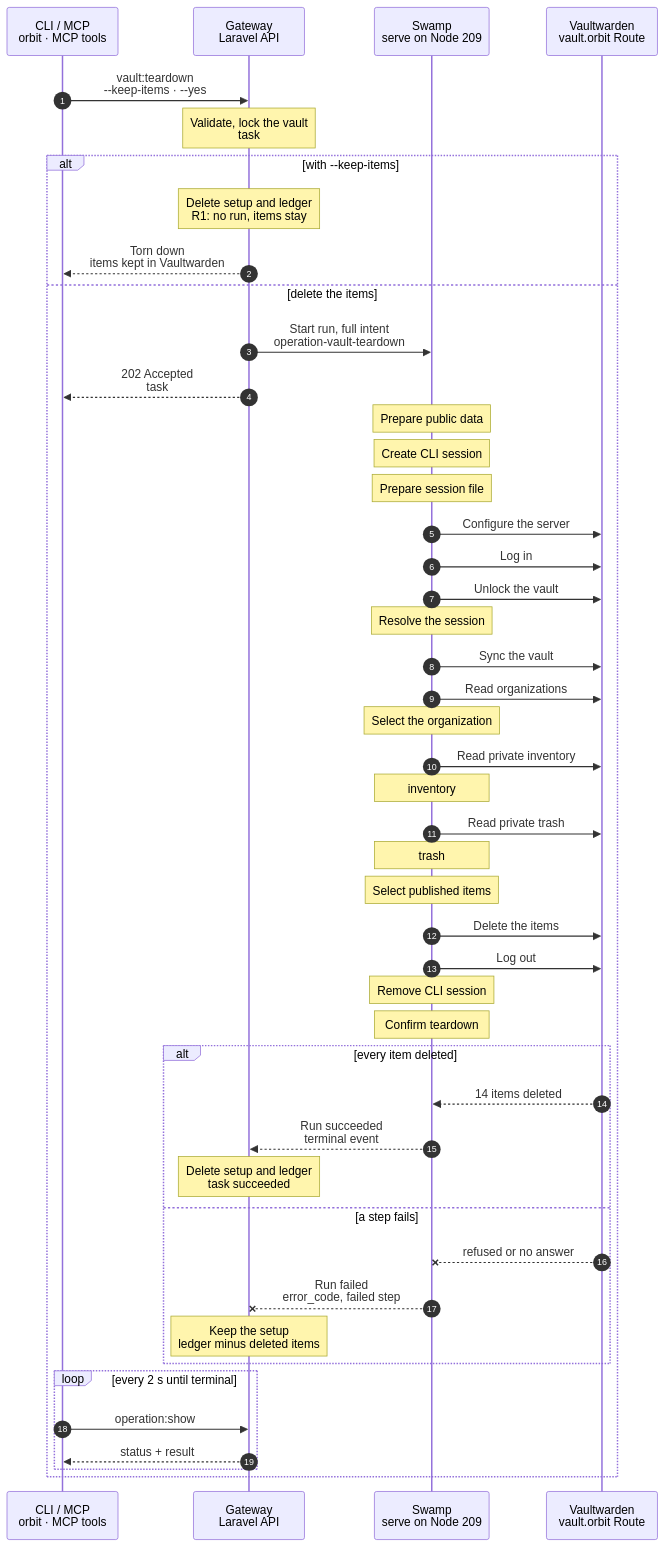
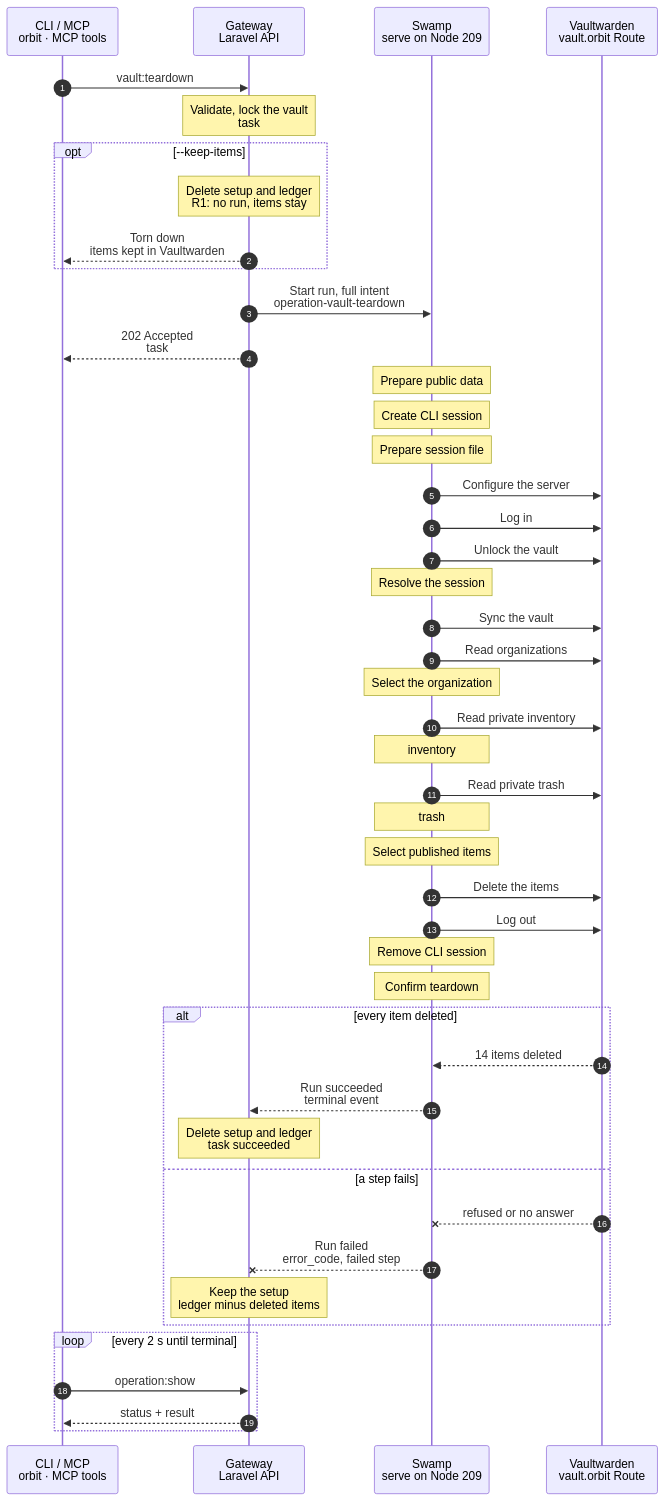
One commit to hardimpactdev/orbit changed the diagram in docs/cli/vault/teardown.mmd. Above: the diagram before and after it, drawn with Mermaid. The commit also changed 9 other files, not shown here.

Commit message:
docs(tool,vault,websocket): draw required parameters on the main path (flow rule 23)

```diff
--- a/docs/cli/vault/teardown.mmd
+++ b/docs/cli/vault/teardown.mmd
@@ -1,103 +1,104 @@
 sequenceDiagram
   %% Target design: ADR 0244 task, DECISIONS R1 (--keep-items is record-only), R2-R4, swamp-vault-design. Same shape as tool.remove. docs/reference/vaultwarden.md.
   %% Tightened: flow-tighten 2026-11-02, rule 22 (plain pinned CLI primitives, native fan-out, vault-backed credentials and native end check).
   %% status: draft
   %% command: vault:teardown
   %% kind: vault.teardown
   autonumber
   %% lane CLI icon=terminal pill=caller tone=gray
   %% lane GW icon=gateway pill=intent tone=blue
   %% lane SW icon=workflow pill=executes tone=green
   %% lane VW icon=server pill=target tone=purple
   participant CLI as CLI / MCP<br/>orbit · MCP tools
   participant GW as Gateway<br/>Laravel API
   participant SW as Swamp<br/>serve on Node 209
   participant VW as Vaultwarden<br/>vault.orbit Route
-  CLI->>GW: vault:teardown<br/>--keep-items · --yes
+  CLI->>GW: vault:teardown
   %%> Command:
   %%> - `orbit vault:teardown --yes`
   %%> - syntax: `[--keep-items] [--yes] [--idempotency-key=KEY] [--json]`
   %%> Confirmation:
   %%> - in a terminal the CLI asks a default-No question; without a terminal, or with `--json`, `--yes` is required
   Note over GW: Validate, lock the vault<br/>task #5169 · 14 items
   %%> Requirements:
   %%> - the `vault` extension is on and Vaultwarden is set up, else `vault.not_configured`
   %%> - no other setup, sync or teardown runs, else `vault.sync_busy`
   %%> Decides:
   %%> - whether the published items must leave Vaultwarden, or only the setup goes
-  alt with --keep-items
+  opt --keep-items
     Note over GW: Delete setup and ledger<br/>R1: no run, items stay
     %%> Result:
     %%> - the stored account, organization, collection and publishing ledger are deleted
     %%> - the items stay in Vaultwarden; a later setup on the same collection can adopt them
     %%> - no Swamp run starts (R1); Vaultwarden is not contacted
     GW-->>CLI: Torn down<br/>items kept in Vaultwarden
     %%> What you get:
-    %%> - the final result at once; there is nothing to follow
-  else delete the items
-    GW->>SW: Start run, full intent<br/>operation-vault-teardown
+    %%> - the final result at once; the command ends here without the deletion flow below
+  end
+  GW->>SW: Start run, full intent<br/>operation-vault-teardown
+  %%> When:
+  %%> - without `--keep-items`; the opt-in path above has already returned
+  %%> What it does:
+  %%> - pushes the account secrets to the Swamp vault as `vault-teardown-5169` after commit (R3), then starts one Swamp run on serve (Node 209)
+  %%> Inputs:
+  %%> - the setup and the ledger of published item IDs and sources, and the vault key names
+  GW-->>CLI: 202 Accepted<br/>task #5169
+  %%> What you get:
+  %%> - the task number, at once
+  %%> Next:
+  %%> - the CLI follows the task with `operation:show`
+  Note over SW: Prepare public data
+  Note over SW: Create CLI session
+  Note over SW: Prepare session file
+  SW->>VW: Configure the server
+  SW->>VW: Log in
+  SW->>VW: Unlock the vault
+  Note over SW: Resolve the session
+  SW->>VW: Sync the vault
+  SW->>VW: Read organizations
+  Note over SW: Select the organization
+  SW->>VW: Read private inventory
+  Note over SW: inventory
+  SW->>VW: Read private trash
+  Note over SW: trash
+  Note over SW: Select published items
+  SW->>VW: Delete the items
+  SW->>VW: Log out
+  Note over SW: Remove CLI session
+  Note over SW: Confirm teardown
+  %% Organization membership and collection inventory run in parallel.
+  %% Each CLI step is one bounded command; typed methods only shape private data.
+  %% Delete the items fans out over the admitted ledger and skips non-matching IDs and sources.
+  %% All shared-item refusals precede deletion; cleanup also follows skipped dependencies.
+  alt every item deleted
+    VW-->>SW: 14 items deleted
+    %%> Returns:
+    %%> - the deleted item IDs
+    SW-->>GW: Run succeeded<br/>terminal event
+    %%> How the Gateway learns it:
+    %%> - its shared run reader sees the terminal event; Swamp never calls the Gateway
+    Note over GW: Delete setup and ledger<br/>task succeeded
+    %%> Result:
+    %%> - the stored account, organization, collection and publishing ledger are deleted
+    %%> - task #5169 succeeds
+  else a step fails
+    VW--xSW: refused or no answer
+    %%> When:
+    %%> - login fails, Vaultwarden is down, an item is shared, or a delete fails
+    SW--xGW: Run failed<br/>error_code, failed step
+    %%> The Gateway reads:
+    %%> - which step failed and its safe error code
+    Note over GW: Keep the setup<br/>ledger minus deleted items
+    %%> Result:
+    %%> - the setup stays; the ledger drops only the items that were deleted; task #5169 fails
+    %%> Retry:
+    %%> - safe: run the same command again; it deletes only what is still there
+  end
+  loop every 2 s until terminal
+    CLI->>GW: operation:show #5169
     %%> What it does:
-    %%> - pushes the account secrets to the Swamp vault as `vault-teardown-5169` after commit (R3), then starts one Swamp run on serve (Node 209)
-    %%> Inputs:
-    %%> - the setup and the ledger of published item IDs and sources, and the vault key names
-    GW-->>CLI: 202 Accepted<br/>task #5169
-    %%> What you get:
-    %%> - the task number, at once
-    %%> Next:
-    %%> - the CLI follows the task with `operation:show`
-    Note over SW: Prepare public data
-    Note over SW: Create CLI session
-    Note over SW: Prepare session file
-    SW->>VW: Configure the server
-    SW->>VW: Log in
-    SW->>VW: Unlock the vault
-    Note over SW: Resolve the session
-    SW->>VW: Sync the vault
-    SW->>VW: Read organizations
-    Note over SW: Select the organization
-    SW->>VW: Read private inventory
-    Note over SW: inventory
-    SW->>VW: Read private trash
-    Note over SW: trash
-    Note over SW: Select published items
-    SW->>VW: Delete the items
-    SW->>VW: Log out
-    Note over SW: Remove CLI session
-    Note over SW: Confirm teardown
-    %% Organization membership and collection inventory run in parallel.
-    %% Each CLI step is one bounded command; typed methods only shape private data.
-    %% Delete the items fans out over the admitted ledger and skips non-matching IDs and sources.
-    %% All shared-item refusals precede deletion; cleanup also follows skipped dependencies.
-    alt every item deleted
-      VW-->>SW: 14 items deleted
-      %%> Returns:
-      %%> - the deleted item IDs
-      SW-->>GW: Run succeeded<br/>terminal event
-      %%> How the Gateway learns it:
-      %%> - its shared run reader sees the terminal event; Swamp never calls the Gateway
-      Note over GW: Delete setup and ledger<br/>task succeeded
-      %%> Result:
-      %%> - the stored account, organization, collection and publishing ledger are deleted
-      %%> - task #5169 succeeds
-    else a step fails
-      VW--xSW: refused or no answer
-      %%> When:
-      %%> - login fails, Vaultwarden is down, an item is shared, or a delete fails
-      SW--xGW: Run failed<br/>error_code, failed step
-      %%> The Gateway reads:
-      %%> - which step failed and its safe error code
-      Note over GW: Keep the setup<br/>ledger minus deleted items
-      %%> Result:
-      %%> - the setup stays; the ledger drops only the items that were deleted; task #5169 fails
-      %%> Retry:
-      %%> - safe: run the same command again; it deletes only what is still there
-    end
-    loop every 2 s until terminal
-      CLI->>GW: operation:show #5169
-      %%> What it does:
-      %%> - asks for the task's status every 2 seconds until it has ended
-      GW-->>CLI: status + result
-      %%> Returns:
-      %%> - the current status, and the result once the task has ended
-    end
+    %%> - asks for the task's status every 2 seconds until it has ended
+    GW-->>CLI: status + result
+    %%> Returns:
+    %%> - the current status, and the result once the task has ended
   end
```
